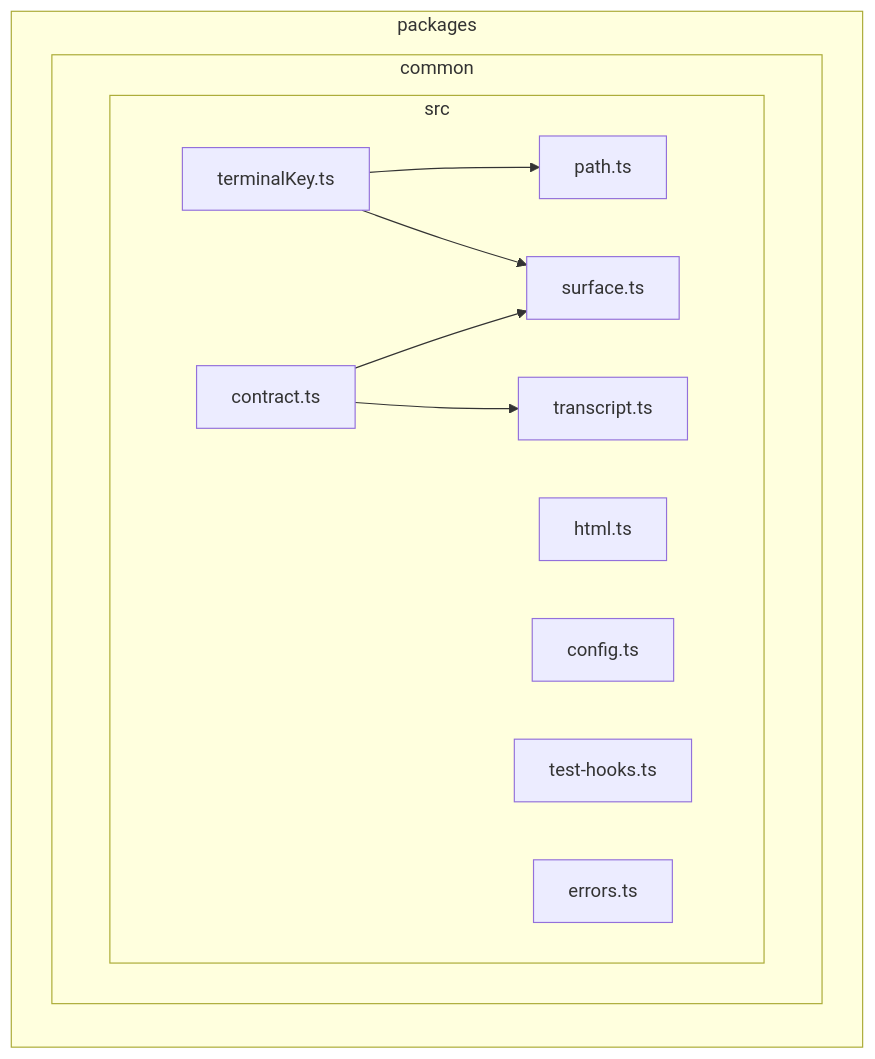
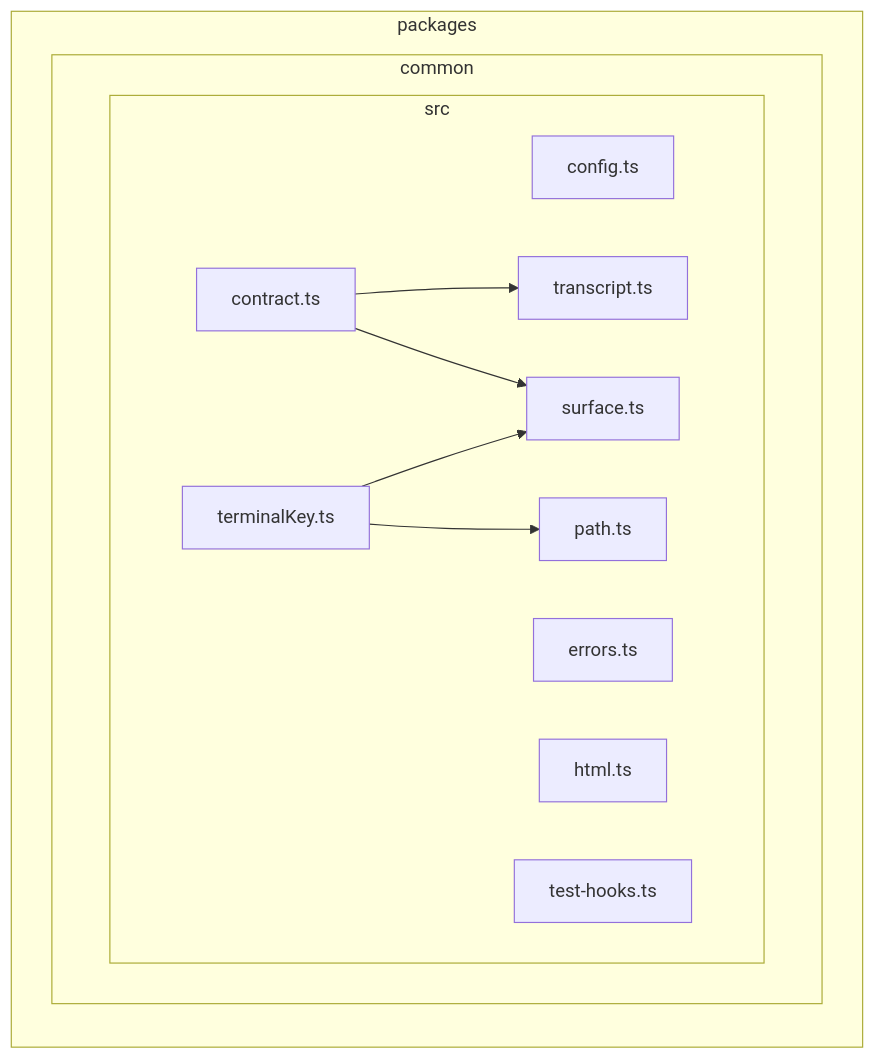
Before and after one commit to juspay/kolu: the third of 17 diagrams in docs/dependency-graph.md, drawn with Mermaid. The commit also changed other lines of this file and 1 other file, not shown here.

First line of the commit message:
chore(depcruise): cluster per-package graphs by subfolder, drop test files

````diff
--- a/docs/dependency-graph.md
+++ b/docs/dependency-graph.md
@@ -639,23 +244,23 @@
 ```mermaid
 flowchart LR
 
 subgraph packages["packages"]
   subgraph packages_common["common"]
     subgraph packages_common_src["src"]
+      packages_common_src_config_ts["config.ts"]
+      packages_common_src_contract_ts["contract.ts"]
+      packages_common_src_errors_ts["errors.ts"]
+      packages_common_src_html_ts["html.ts"]
+      packages_common_src_path_ts["path.ts"]
       packages_common_src_surface_ts["surface.ts"]
       packages_common_src_terminalKey_ts["terminalKey.ts"]
-      packages_common_src_path_ts["path.ts"]
-      packages_common_src_contract_ts["contract.ts"]
+      packages_common_src_test_hooks_ts["test-hooks.ts"]
       packages_common_src_transcript_ts["transcript.ts"]
-      packages_common_src_html_ts["html.ts"]
-      packages_common_src_config_ts["config.ts"]
-      packages_common_src_test_hooks_ts["test-hooks.ts"]
-      packages_common_src_errors_ts["errors.ts"]
     end
   end
 end
+packages_common_src_contract_ts-->packages_common_src_surface_ts
+packages_common_src_contract_ts-->packages_common_src_transcript_ts
 packages_common_src_terminalKey_ts-->packages_common_src_path_ts
 packages_common_src_terminalKey_ts-->packages_common_src_surface_ts
-packages_common_src_contract_ts-->packages_common_src_surface_ts
-packages_common_src_contract_ts-->packages_common_src_transcript_ts
 ```
````
